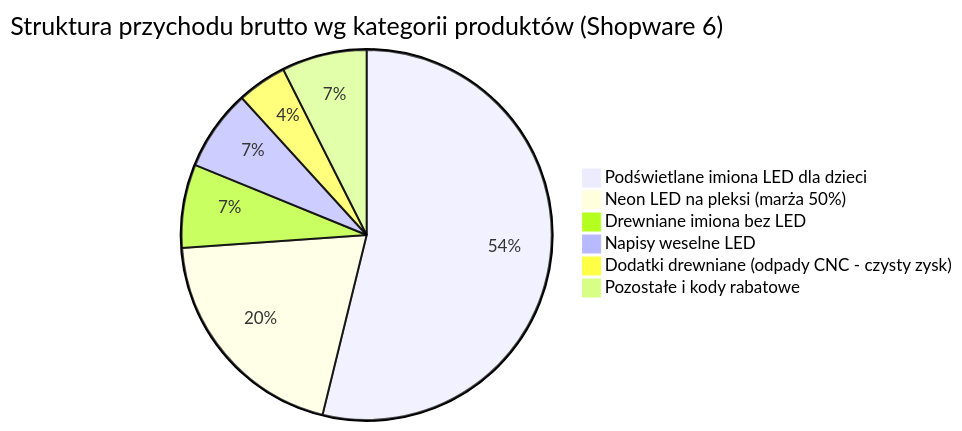
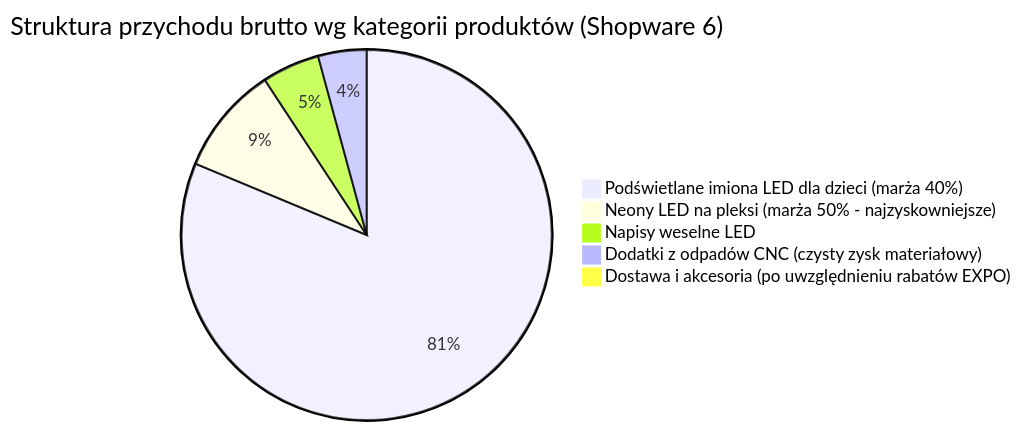
One commit to Wales86/illuminart-ads-agent changed the diagram in reports/current_report.md. Above: the diagram before and after it, drawn with Mermaid. The commit also changed other lines of this file and 1 other file, not shown here.

````diff
--- a/reports/current_report.md
+++ b/reports/current_report.md
@@ -87,9 +91,8 @@
 ```mermaid
 pie title Struktura przychodu brutto wg kategorii produktów (Shopware 6)
-    "Podświetlane imiona LED dla dzieci" : 2550
-    "Neon LED na pleksi (marża 50%)" : 950
-    "Drewniane imiona bez LED" : 345
-    "Napisy weselne LED" : 335
-    "Dodatki drewniane (odpady CNC - czysty zysk)" : 205
-    "Pozostałe i kody rabatowe" : 352
+    "Podświetlane imiona LED dla dzieci (marża 40%)" : 5580
+    "Neony LED na pleksi (marża 50% - najzyskowniejsze)" : 650
+    "Napisy weselne LED" : 345
+    "Dodatki z odpadów CNC (czysty zysk materiałowy)" : 290
+    "Dostawa i akcesoria (po uwzględnieniu rabatów EXPO)" : 30
 ```
````
